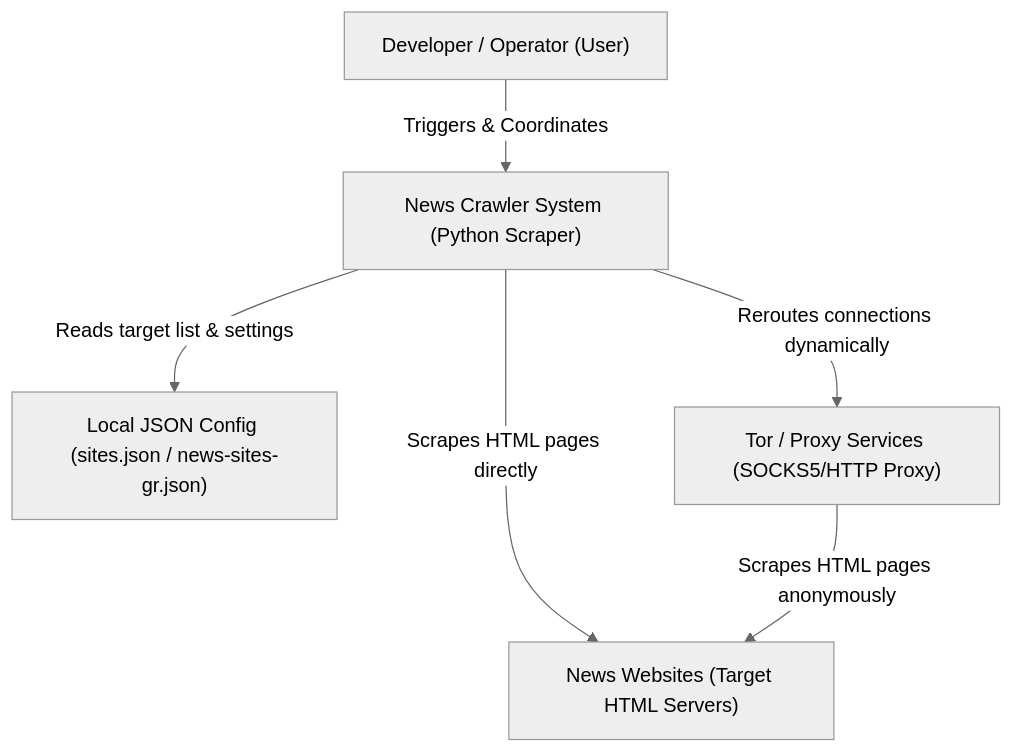
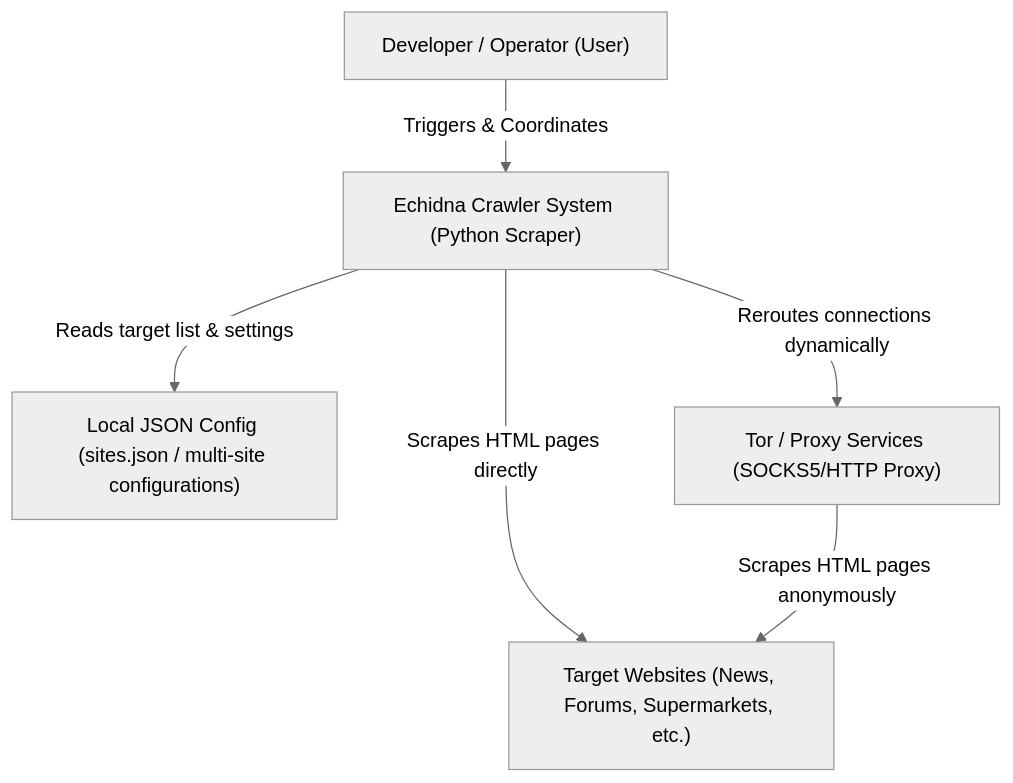
One commit to svagionitis/crawler changed the diagram in docs/c4/c4_context.md. Above: the diagram before and after it, drawn with Mermaid (neutral theme). The commit also changed other lines of this file and 5 other files, not shown here.

First line of the commit message:
README/config/docs/pyproject: rebrand project as "Echidna" with expanded scope

````diff
--- a/docs/c4/c4_context.md
+++ b/docs/c4/c4_context.md
@@ -35,14 +35,14 @@
 ```mermaid
 graph TD
     User["Developer / Operator (User)"]
-    Crawler["News Crawler System (Python Scraper)"]
-    Config["Local JSON Config (sites.json / news-sites-gr.json)"]
-    Websites["News Websites (Target HTML Servers)"]
+    Crawler["Echidna Crawler System (Python Scraper)"]
+    Config["Local JSON Config (sites.json / multi-site configurations)"]
+    Websites["Target Websites (News, Forums, Supermarkets, etc.)"]
     Proxy["Tor / Proxy Services (SOCKS5/HTTP Proxy)"]
 
     User -->|Triggers & Coordinates| Crawler
     Crawler -->|Reads target list & settings| Config
     Crawler -->|Scrapes HTML pages directly| Websites
     Crawler -->|Reroutes connections dynamically| Proxy
     Proxy -->|Scrapes HTML pages anonymously| Websites
 ```
````
